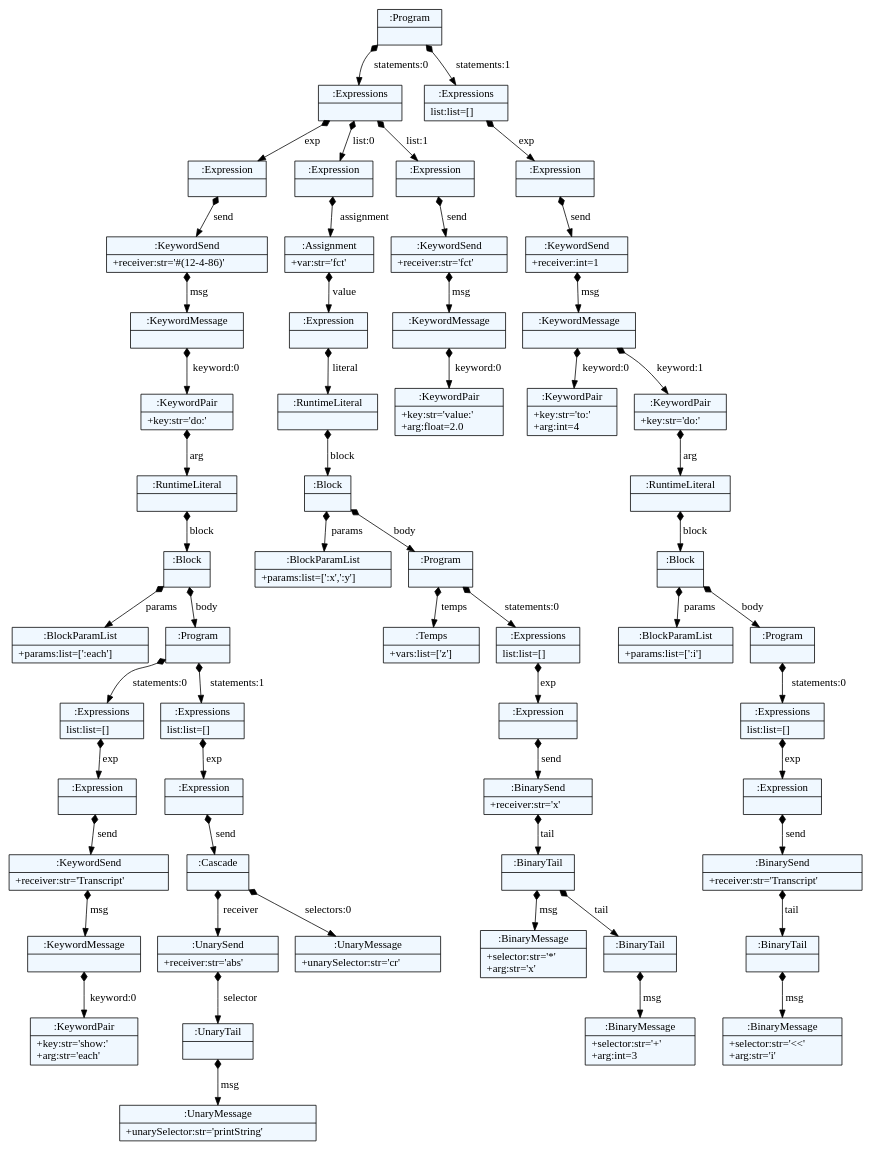
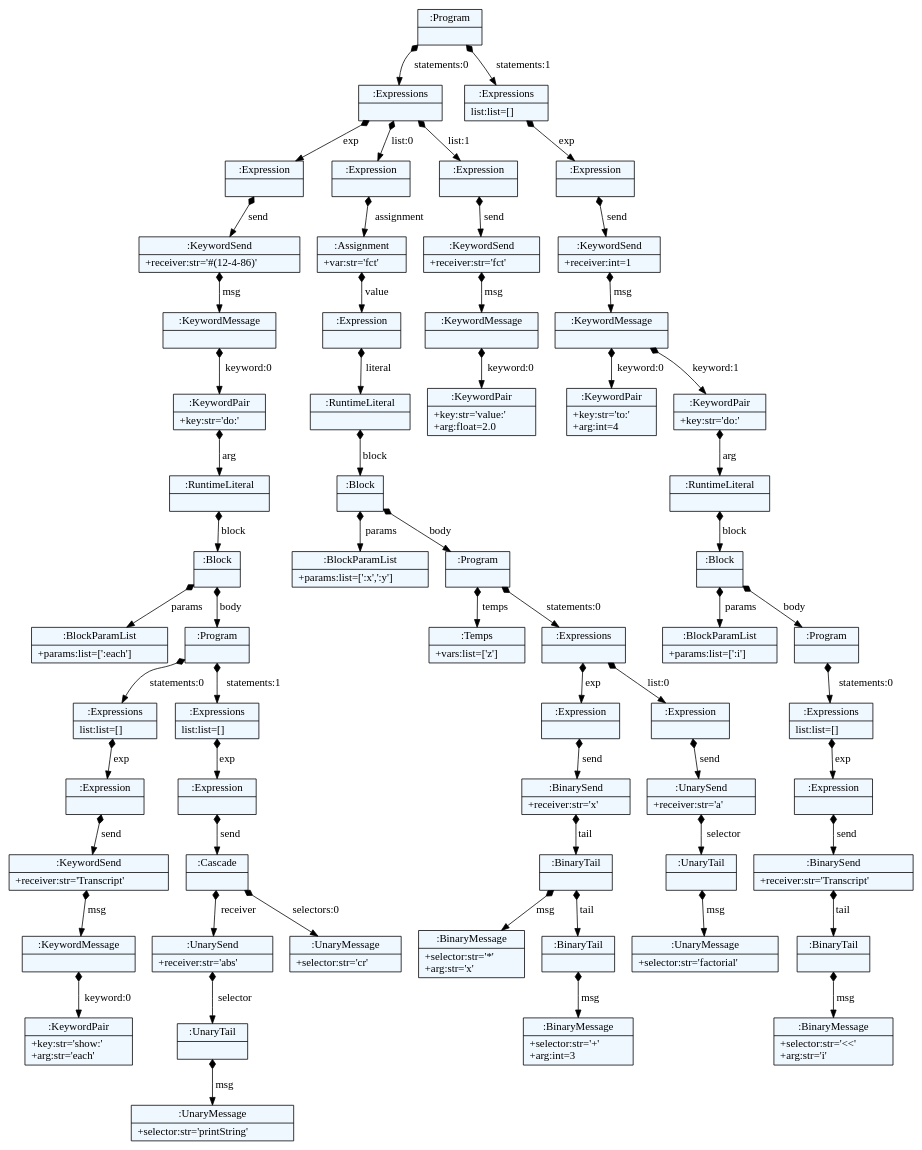
Before and after one commit to spcnz/smalltalk-parser: the diagram in parser/dot/block.dot, drawn with Graphviz. The commit also changed 27 other files, not shown here.

```diff
--- a/parser/dot/block.dot
+++ b/parser/dot/block.dot
@@ -11,116 +11,124 @@
     edge[dir=black,arrowtail=empty]
 
 
-1970364811696 -> 1970365337728 [label="statements:0" arrowtail=diamond dir=both]
-1970365337728 -> 1970427407048 [label="exp" arrowtail=diamond dir=both]
-1970427407048 -> 1970427407216 [label="send" arrowtail=diamond dir=both]
-1970427407216 -> 1970427407608 [label="msg" arrowtail=diamond dir=both]
-1970427407608 -> 1970427407776 [label="keyword:0" arrowtail=diamond dir=both]
-1970427407776 -> 1970374726264 [label="arg" arrowtail=diamond dir=both]
-1970374726264 -> 1970374726432 [label="block" arrowtail=diamond dir=both]
-1970374726432 -> 1970374726600 [label="params" arrowtail=diamond dir=both]
-1970374726600[label="{:BlockParamList|+params:list=[':each']\l}"]
-1970374726432 -> 1970374726656 [label="body" arrowtail=diamond dir=both]
-1970374726656 -> 1970374726936 [label="statements:0" arrowtail=diamond dir=both]
-1970374726936 -> 1970374727048 [label="exp" arrowtail=diamond dir=both]
-1970374727048 -> 1970374727216 [label="send" arrowtail=diamond dir=both]
-1970374727216 -> 1970374727440 [label="msg" arrowtail=diamond dir=both]
-1970374727440 -> 1970374727552 [label="keyword:0" arrowtail=diamond dir=both]
-1970374727552[label="{:KeywordPair|+key:str='show:'\l+arg:str='each'\l}"]
-1970374727440[label="{:KeywordMessage|}"]
-1970374727216[label="{:KeywordSend|+receiver:str='Transcript'\l}"]
-1970374727048[label="{:Expression|}"]
-1970374726936[label="{:Expressions|list:list=[]\l}"]
-1970374726656 -> 1970374726992 [label="statements:1" arrowtail=diamond dir=both]
-1970374726992 -> 1970374727160 [label="exp" arrowtail=diamond dir=both]
-1970374727160 -> 1970374727384 [label="send" arrowtail=diamond dir=both]
-1970374727384 -> 1970374727664 [label="receiver" arrowtail=diamond dir=both]
-1970374727664 -> 1970374727944 [label="selector" arrowtail=diamond dir=both]
-1970374727944 -> 1970374728056 [label="msg" arrowtail=diamond dir=both]
-1970374728056[label="{:UnaryMessage|+unarySelector:str='printString'\l}"]
-1970374727944[label="{:UnaryTail|}"]
-1970374727664[label="{:UnarySend|+receiver:str='abs'\l}"]
-1970374727384 -> 1970374727832 [label="selectors:0" arrowtail=diamond dir=both]
-1970374727832[label="{:UnaryMessage|+unarySelector:str='cr'\l}"]
-1970374727384[label="{:Cascade|}"]
-1970374727160[label="{:Expression|}"]
-1970374726992[label="{:Expressions|list:list=[]\l}"]
-1970374726656[label="{:Program|}"]
-1970374726432[label="{:Block|}"]
-1970374726264[label="{:RuntimeLiteral|}"]
-1970427407776[label="{:KeywordPair|+key:str='do:'\l}"]
-1970427407608[label="{:KeywordMessage|}"]
-1970427407216[label="{:KeywordSend|+receiver:str='#(12-4-86)'\l}"]
-1970427407048[label="{:Expression|}"]
-1970365337728 -> 1970427407104 [label="list:0" arrowtail=diamond dir=both]
-1970427407104 -> 1970427407272 [label="assignment" arrowtail=diamond dir=both]
-1970427407272 -> 1970427407552 [label="value" arrowtail=diamond dir=both]
-1970427407552 -> 1970374726376 [label="literal" arrowtail=diamond dir=both]
-1970374726376 -> 1970374726712 [label="block" arrowtail=diamond dir=both]
-1970374726712 -> 1970374727104 [label="params" arrowtail=diamond dir=both]
-1970374727104[label="{:BlockParamList|+params:list=[':x',':y']\l}"]
-1970374726712 -> 1970374727272 [label="body" arrowtail=diamond dir=both]
-1970374727272 -> 1970374728224 [label="temps" arrowtail=diamond dir=both]
-1970374728224[label="{:Temps|+vars:list=['z']\l}"]
-1970374727272 -> 1970374728392 [label="statements:0" arrowtail=diamond dir=both]
-1970374728392 -> 1970374728448 [label="exp" arrowtail=diamond dir=both]
-1970374728448 -> 1970374728672 [label="send" arrowtail=diamond dir=both]
-1970374728672 -> 1970374728896 [label="tail" arrowtail=diamond dir=both]
-1970374728896 -> 1970374729008 [label="msg" arrowtail=diamond dir=both]
-1970374729008[label="{:BinaryMessage|+selector:str='*'\l+arg:str='x'\l}"]
-1970374728896 -> 1970374729064 [label="tail" arrowtail=diamond dir=both]
-1970374729064 -> 1970374729232 [label="msg" arrowtail=diamond dir=both]
-1970374729232[label="{:BinaryMessage|+selector:str='+'\l+arg:int=3\l}"]
-1970374729064[label="{:BinaryTail|}"]
-1970374728896[label="{:BinaryTail|}"]
-1970374728672[label="{:BinarySend|+receiver:str='x'\l}"]
-1970374728448[label="{:Expression|}"]
-1970374728392[label="{:Expressions|list:list=[]\l}"]
-1970374727272[label="{:Program|}"]
-1970374726712[label="{:Block|}"]
-1970374726376[label="{:RuntimeLiteral|}"]
-1970427407552[label="{:Expression|}"]
-1970427407272[label="{:Assignment|+var:str='fct'\l}"]
-1970427407104[label="{:Expression|}"]
-1970365337728 -> 1970427407720 [label="list:1" arrowtail=diamond dir=both]
-1970427407720 -> 1970427407664 [label="send" arrowtail=diamond dir=both]
-1970427407664 -> 1970374726544 [label="msg" arrowtail=diamond dir=both]
-1970374726544 -> 1970374726880 [label="keyword:0" arrowtail=diamond dir=both]
-1970374726880[label="{:KeywordPair|+key:str='value:'\l+arg:float=2.0\l}"]
-1970374726544[label="{:KeywordMessage|}"]
-1970427407664[label="{:KeywordSend|+receiver:str='fct'\l}"]
-1970427407720[label="{:Expression|}"]
-1970365337728[label="{:Expressions|}"]
-1970364811696 -> 1970365340528 [label="statements:1" arrowtail=diamond dir=both]
-1970365340528 -> 1970427407496 [label="exp" arrowtail=diamond dir=both]
-1970427407496 -> 1970374726488 [label="send" arrowtail=diamond dir=both]
-1970374726488 -> 1970374728560 [label="msg" arrowtail=diamond dir=both]
-1970374728560 -> 1970374728616 [label="keyword:0" arrowtail=diamond dir=both]
-1970374728616[label="{:KeywordPair|+key:str='to:'\l+arg:int=4\l}"]
-1970374728560 -> 1970374728728 [label="keyword:1" arrowtail=diamond dir=both]
-1970374728728 -> 1970374729176 [label="arg" arrowtail=diamond dir=both]
-1970374729176 -> 1970374729400 [label="block" arrowtail=diamond dir=both]
-1970374729400 -> 1970374729568 [label="params" arrowtail=diamond dir=both]
-1970374729568[label="{:BlockParamList|+params:list=[':i']\l}"]
-1970374729400 -> 1970374729624 [label="body" arrowtail=diamond dir=both]
-1970374729624 -> 1970376806640 [label="statements:0" arrowtail=diamond dir=both]
-1970376806640 -> 1970376806752 [label="exp" arrowtail=diamond dir=both]
-1970376806752 -> 1970376806920 [label="send" arrowtail=diamond dir=both]
-1970376806920 -> 1970376807144 [label="tail" arrowtail=diamond dir=both]
-1970376807144 -> 1970376807256 [label="msg" arrowtail=diamond dir=both]
-1970376807256[label="{:BinaryMessage|+selector:str='\<\<'\l+arg:str='i'\l}"]
-1970376807144[label="{:BinaryTail|}"]
-1970376806920[label="{:BinarySend|+receiver:str='Transcript'\l}"]
-1970376806752[label="{:Expression|}"]
-1970376806640[label="{:Expressions|list:list=[]\l}"]
-1970374729624[label="{:Program|}"]
-1970374729400[label="{:Block|}"]
-1970374729176[label="{:RuntimeLiteral|}"]
-1970374728728[label="{:KeywordPair|+key:str='do:'\l}"]
-1970374728560[label="{:KeywordMessage|}"]
-1970374726488[label="{:KeywordSend|+receiver:int=1\l}"]
-1970427407496[label="{:Expression|}"]
-1970365340528[label="{:Expressions|list:list=[]\l}"]
-1970364811696[label="{:Program|}"]
+3018012460984 -> 3018125912272 [label="statements:0" arrowtail=diamond dir=both]
+3018125912272 -> 3018124065592 [label="exp" arrowtail=diamond dir=both]
+3018124065592 -> 3018124065760 [label="send" arrowtail=diamond dir=both]
+3018124065760 -> 3018124066152 [label="msg" arrowtail=diamond dir=both]
+3018124066152 -> 3018124066320 [label="keyword:0" arrowtail=diamond dir=both]
+3018124066320 -> 3018152035608 [label="arg" arrowtail=diamond dir=both]
+3018152035608 -> 3018152035776 [label="block" arrowtail=diamond dir=both]
+3018152035776 -> 3018152035944 [label="params" arrowtail=diamond dir=both]
+3018152035944[label="{:BlockParamList|+params:list=[':each']\l}"]
+3018152035776 -> 3018152036000 [label="body" arrowtail=diamond dir=both]
+3018152036000 -> 3018152036280 [label="statements:0" arrowtail=diamond dir=both]
+3018152036280 -> 3018152036392 [label="exp" arrowtail=diamond dir=both]
+3018152036392 -> 3018152036560 [label="send" arrowtail=diamond dir=both]
+3018152036560 -> 3018152036784 [label="msg" arrowtail=diamond dir=both]
+3018152036784 -> 3018152036896 [label="keyword:0" arrowtail=diamond dir=both]
+3018152036896[label="{:KeywordPair|+key:str='show:'\l+arg:str='each'\l}"]
+3018152036784[label="{:KeywordMessage|}"]
+3018152036560[label="{:KeywordSend|+receiver:str='Transcript'\l}"]
+3018152036392[label="{:Expression|}"]
+3018152036280[label="{:Expressions|list:list=[]\l}"]
+3018152036000 -> 3018152036336 [label="statements:1" arrowtail=diamond dir=both]
+3018152036336 -> 3018152036504 [label="exp" arrowtail=diamond dir=both]
+3018152036504 -> 3018152036728 [label="send" arrowtail=diamond dir=both]
+3018152036728 -> 3018152037008 [label="receiver" arrowtail=diamond dir=both]
+3018152037008 -> 3018152037288 [label="selector" arrowtail=diamond dir=both]
+3018152037288 -> 3018152037400 [label="msg" arrowtail=diamond dir=both]
+3018152037400[label="{:UnaryMessage|+selector:str='printString'\l}"]
+3018152037288[label="{:UnaryTail|}"]
+3018152037008[label="{:UnarySend|+receiver:str='abs'\l}"]
+3018152036728 -> 3018152037176 [label="selectors:0" arrowtail=diamond dir=both]
+3018152037176[label="{:UnaryMessage|+selector:str='cr'\l}"]
+3018152036728[label="{:Cascade|}"]
+3018152036504[label="{:Expression|}"]
+3018152036336[label="{:Expressions|list:list=[]\l}"]
+3018152036000[label="{:Program|}"]
+3018152035776[label="{:Block|}"]
+3018152035608[label="{:RuntimeLiteral|}"]
+3018124066320[label="{:KeywordPair|+key:str='do:'\l}"]
+3018124066152[label="{:KeywordMessage|}"]
+3018124065760[label="{:KeywordSend|+receiver:str='#(12-4-86)'\l}"]
+3018124065592[label="{:Expression|}"]
+3018125912272 -> 3018124065648 [label="list:0" arrowtail=diamond dir=both]
+3018124065648 -> 3018124065816 [label="assignment" arrowtail=diamond dir=both]
+3018124065816 -> 3018124066096 [label="value" arrowtail=diamond dir=both]
+3018124066096 -> 3018152035720 [label="literal" arrowtail=diamond dir=both]
+3018152035720 -> 3018152036056 [label="block" arrowtail=diamond dir=both]
+3018152036056 -> 3018152036448 [label="params" arrowtail=diamond dir=both]
+3018152036448[label="{:BlockParamList|+params:list=[':x',':y']\l}"]
+3018152036056 -> 3018152036616 [label="body" arrowtail=diamond dir=both]
+3018152036616 -> 3018152037232 [label="temps" arrowtail=diamond dir=both]
+3018152037232[label="{:Temps|+vars:list=['z']\l}"]
+3018152036616 -> 3018152037344 [label="statements:0" arrowtail=diamond dir=both]
+3018152037344 -> 3018152037512 [label="exp" arrowtail=diamond dir=both]
+3018152037512 -> 3018152037736 [label="send" arrowtail=diamond dir=both]
+3018152037736 -> 3018152037960 [label="tail" arrowtail=diamond dir=both]
+3018152037960 -> 3018152038072 [label="msg" arrowtail=diamond dir=both]
+3018152038072[label="{:BinaryMessage|+selector:str='*'\l+arg:str='x'\l}"]
+3018152037960 -> 3018152038128 [label="tail" arrowtail=diamond dir=both]
+3018152038128 -> 3018152038296 [label="msg" arrowtail=diamond dir=both]
+3018152038296[label="{:BinaryMessage|+selector:str='+'\l+arg:int=3\l}"]
+3018152038128[label="{:BinaryTail|}"]
+3018152037960[label="{:BinaryTail|}"]
+3018152037736[label="{:BinarySend|+receiver:str='x'\l}"]
+3018152037512[label="{:Expression|}"]
+3018152037344 -> 3018152037568 [label="list:0" arrowtail=diamond dir=both]
+3018152037568 -> 3018152037848 [label="send" arrowtail=diamond dir=both]
+3018152037848 -> 3018152038240 [label="selector" arrowtail=diamond dir=both]
+3018152038240 -> 3018160504904 [label="msg" arrowtail=diamond dir=both]
+3018160504904[label="{:UnaryMessage|+selector:str='factorial'\l}"]
+3018152038240[label="{:UnaryTail|}"]
+3018152037848[label="{:UnarySend|+receiver:str='a'\l}"]
+3018152037568[label="{:Expression|}"]
+3018152037344[label="{:Expressions|}"]
+3018152036616[label="{:Program|}"]
+3018152036056[label="{:Block|}"]
+3018152035720[label="{:RuntimeLiteral|}"]
+3018124066096[label="{:Expression|}"]
+3018124065816[label="{:Assignment|+var:str='fct'\l}"]
+3018124065648[label="{:Expression|}"]
+3018125912272 -> 3018124066264 [label="list:1" arrowtail=diamond dir=both]
+3018124066264 -> 3018124066208 [label="send" arrowtail=diamond dir=both]
+3018124066208 -> 3018152035888 [label="msg" arrowtail=diamond dir=both]
+3018152035888 -> 3018152036224 [label="keyword:0" arrowtail=diamond dir=both]
+3018152036224[label="{:KeywordPair|+key:str='value:'\l+arg:float=2.0\l}"]
+3018152035888[label="{:KeywordMessage|}"]
+3018124066208[label="{:KeywordSend|+receiver:str='fct'\l}"]
+3018124066264[label="{:Expression|}"]
+3018125912272[label="{:Expressions|}"]
+3018012460984 -> 3018153437728 [label="statements:1" arrowtail=diamond dir=both]
+3018153437728 -> 3018124066712 [label="exp" arrowtail=diamond dir=both]
+3018124066712 -> 3018152036168 [label="send" arrowtail=diamond dir=both]
+3018152036168 -> 3018152037624 [label="msg" arrowtail=diamond dir=both]
+3018152037624 -> 3018152037904 [label="keyword:0" arrowtail=diamond dir=both]
+3018152037904[label="{:KeywordPair|+key:str='to:'\l+arg:int=4\l}"]
+3018152037624 -> 3018152038016 [label="keyword:1" arrowtail=diamond dir=both]
+3018152038016 -> 3018160505128 [label="arg" arrowtail=diamond dir=both]
+3018160505128 -> 3018160505240 [label="block" arrowtail=diamond dir=both]
+3018160505240 -> 3018160770240 [label="params" arrowtail=diamond dir=both]
+3018160770240[label="{:BlockParamList|+params:list=[':i']\l}"]
+3018160505240 -> 3018160770576 [label="body" arrowtail=diamond dir=both]
+3018160770576 -> 3018160770912 [label="statements:0" arrowtail=diamond dir=both]
+3018160770912 -> 3018160771024 [label="exp" arrowtail=diamond dir=both]
+3018160771024 -> 3018161410232 [label="send" arrowtail=diamond dir=both]
+3018161410232 -> 3018161410456 [label="tail" arrowtail=diamond dir=both]
+3018161410456 -> 3018161410568 [label="msg" arrowtail=diamond dir=both]
+3018161410568[label="{:BinaryMessage|+selector:str='\<\<'\l+arg:str='i'\l}"]
+3018161410456[label="{:BinaryTail|}"]
+3018161410232[label="{:BinarySend|+receiver:str='Transcript'\l}"]
+3018160771024[label="{:Expression|}"]
+3018160770912[label="{:Expressions|list:list=[]\l}"]
+3018160770576[label="{:Program|}"]
+3018160505240[label="{:Block|}"]
+3018160505128[label="{:RuntimeLiteral|}"]
+3018152038016[label="{:KeywordPair|+key:str='do:'\l}"]
+3018152037624[label="{:KeywordMessage|}"]
+3018152036168[label="{:KeywordSend|+receiver:int=1\l}"]
+3018124066712[label="{:Expression|}"]
+3018153437728[label="{:Expressions|list:list=[]\l}"]
+3018012460984[label="{:Program|}"]
 
 }
```
